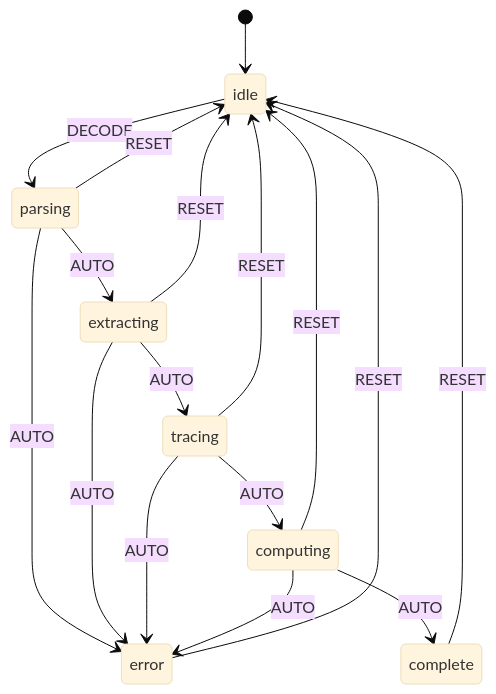
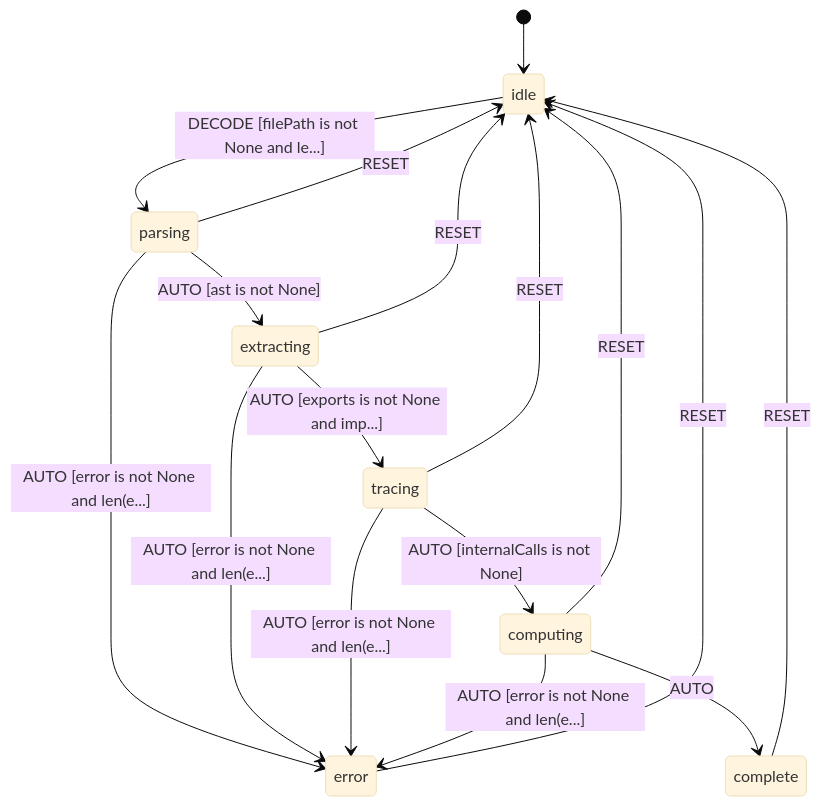
Before and after one commit to rhCat/lpp: the diagram in utils/function_decoder/README.md, drawn with Mermaid (base theme). The commit also changed 136 other files, not shown here.

Commit message:
feat: more detail graph

````diff
--- a/utils/function_decoder/README.md
+++ b/utils/function_decoder/README.md
@@ -123,28 +123,20 @@
 ```mermaid
 stateDiagram-v2
+    %% L++ State Diagram: Python Function Decoder
     [*] --> idle
-
-    idle: idle
-    parsing: parsing
-    extracting: extracting
-    tracing: tracing
-    computing: computing
-    complete: complete
-    error: error
-
-    idle --> parsing: DECODE
-    parsing --> error: AUTO
-    parsing --> extracting: AUTO
-    extracting --> error: AUTO
-    extracting --> tracing: AUTO
-    tracing --> error: AUTO
-    tracing --> computing: AUTO
-    computing --> error: AUTO
-    computing --> complete: AUTO
-    parsing --> idle: RESET
-    extracting --> idle: RESET
-    tracing --> idle: RESET
-    computing --> idle: RESET
-    complete --> idle: RESET
-    error --> idle: RESET
+    idle --> parsing : DECODE [filePath is not None and le...]
+    parsing --> error : AUTO [error is not None and len(e...]
+    parsing --> extracting : AUTO [ast is not None]
+    extracting --> error : AUTO [error is not None and len(e...]
+    extracting --> tracing : AUTO [exports is not None and imp...]
+    tracing --> error : AUTO [error is not None and len(e...]
+    tracing --> computing : AUTO [internalCalls is not None]
+    computing --> error : AUTO [error is not None and len(e...]
+    computing --> complete : AUTO
+    parsing --> idle : RESET
+    error --> idle : RESET
+    extracting --> idle : RESET
+    tracing --> idle : RESET
+    computing --> idle : RESET
+    complete --> idle : RESET
 ```
````
